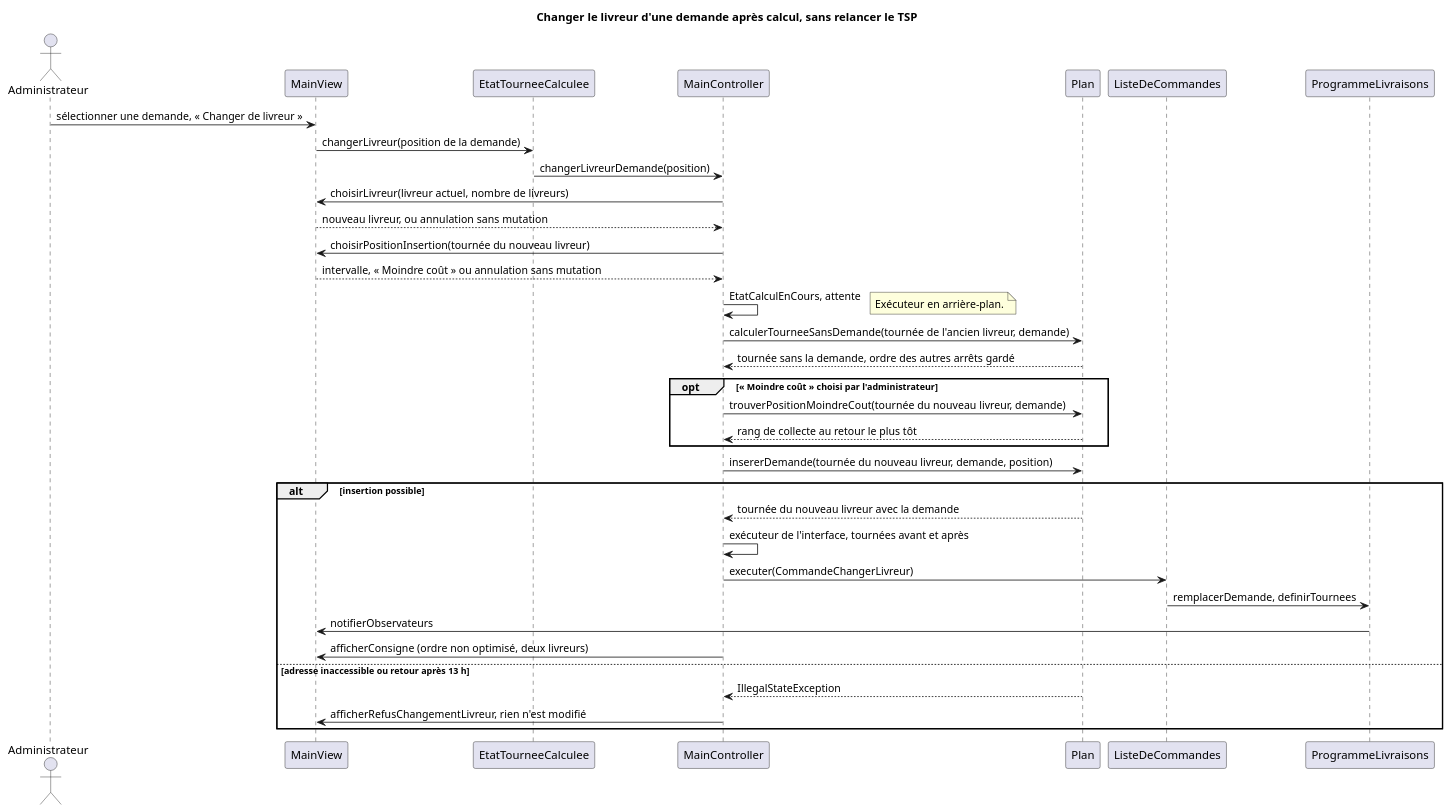
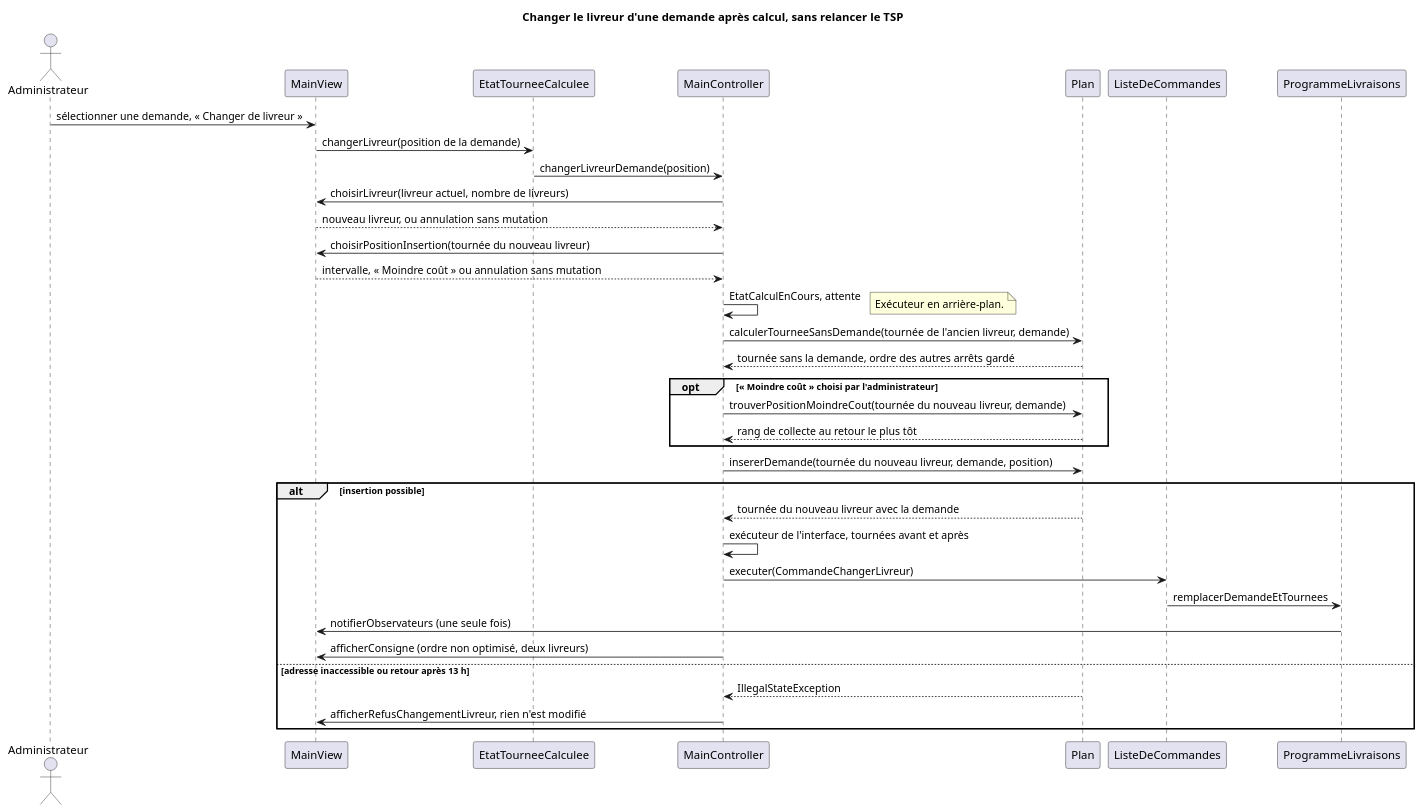
One commit to tristanhp/Optimod-Lyon changed the diagram in docs/diagrams/sequence-changer-livreur.puml. Above: the diagram before and after it, drawn with PlantUML. The commit also changed 6 other files, not shown here.

First line of the commit message:
fix: une seule notification au changement de livreur (TIG-80)

```diff
--- a/docs/diagrams/sequence-changer-livreur.puml
+++ b/docs/diagrams/sequence-changer-livreur.puml
@@ -1,37 +1,37 @@
 @startuml sequence-changer-livreur
 title Changer le livreur d'une demande après calcul, sans relancer le TSP
 actor Administrateur
 participant MainView
 participant EtatTourneeCalculee
 participant MainController
 participant Plan
 participant ListeDeCommandes
 participant ProgrammeLivraisons
 Administrateur -> MainView : sélectionner une demande, « Changer de livreur »
 MainView -> EtatTourneeCalculee : changerLivreur(position de la demande)
 EtatTourneeCalculee -> MainController : changerLivreurDemande(position)
 MainController -> MainView : choisirLivreur(livreur actuel, nombre de livreurs)
 MainView --> MainController : nouveau livreur, ou annulation sans mutation
 MainController -> MainView : choisirPositionInsertion(tournée du nouveau livreur)
 MainView --> MainController : intervalle, « Moindre coût » ou annulation sans mutation
 MainController -> MainController : EtatCalculEnCours, attente
 note right : Exécuteur en arrière-plan.
 MainController -> Plan : calculerTourneeSansDemande(tournée de l'ancien livreur, demande)
 Plan --> MainController : tournée sans la demande, ordre des autres arrêts gardé
 opt « Moindre coût » choisi par l'administrateur
   MainController -> Plan : trouverPositionMoindreCout(tournée du nouveau livreur, demande)
   Plan --> MainController : rang de collecte au retour le plus tôt
 end
 MainController -> Plan : insererDemande(tournée du nouveau livreur, demande, position)
 alt insertion possible
   Plan --> MainController : tournée du nouveau livreur avec la demande
   MainController -> MainController : exécuteur de l'interface, tournées avant et après
   MainController -> ListeDeCommandes : executer(CommandeChangerLivreur)
-  ListeDeCommandes -> ProgrammeLivraisons : remplacerDemande, definirTournees
-  ProgrammeLivraisons -> MainView : notifierObservateurs
+  ListeDeCommandes -> ProgrammeLivraisons : remplacerDemandeEtTournees
+  ProgrammeLivraisons -> MainView : notifierObservateurs (une seule fois)
   MainController -> MainView : afficherConsigne (ordre non optimisé, deux livreurs)
 else adresse inaccessible ou retour après 13 h
   Plan --> MainController : IllegalStateException
   MainController -> MainView : afficherRefusChangementLivreur, rien n'est modifié
 end
 @enduml
```
